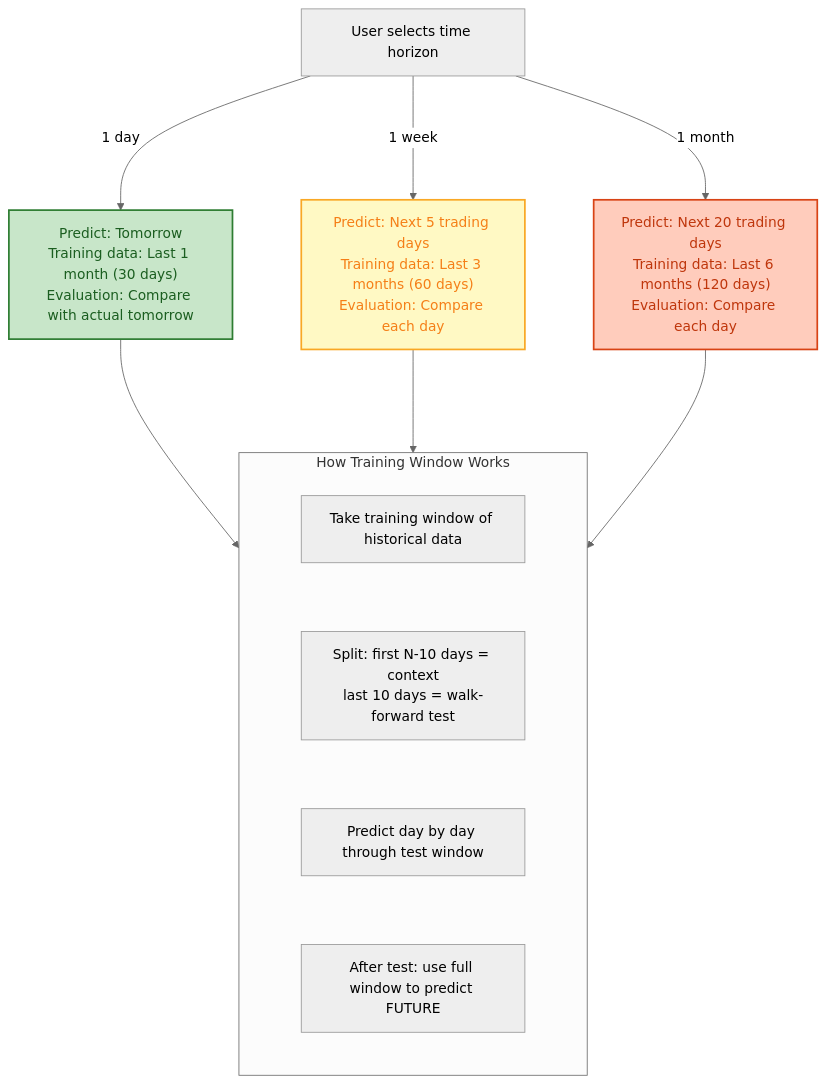
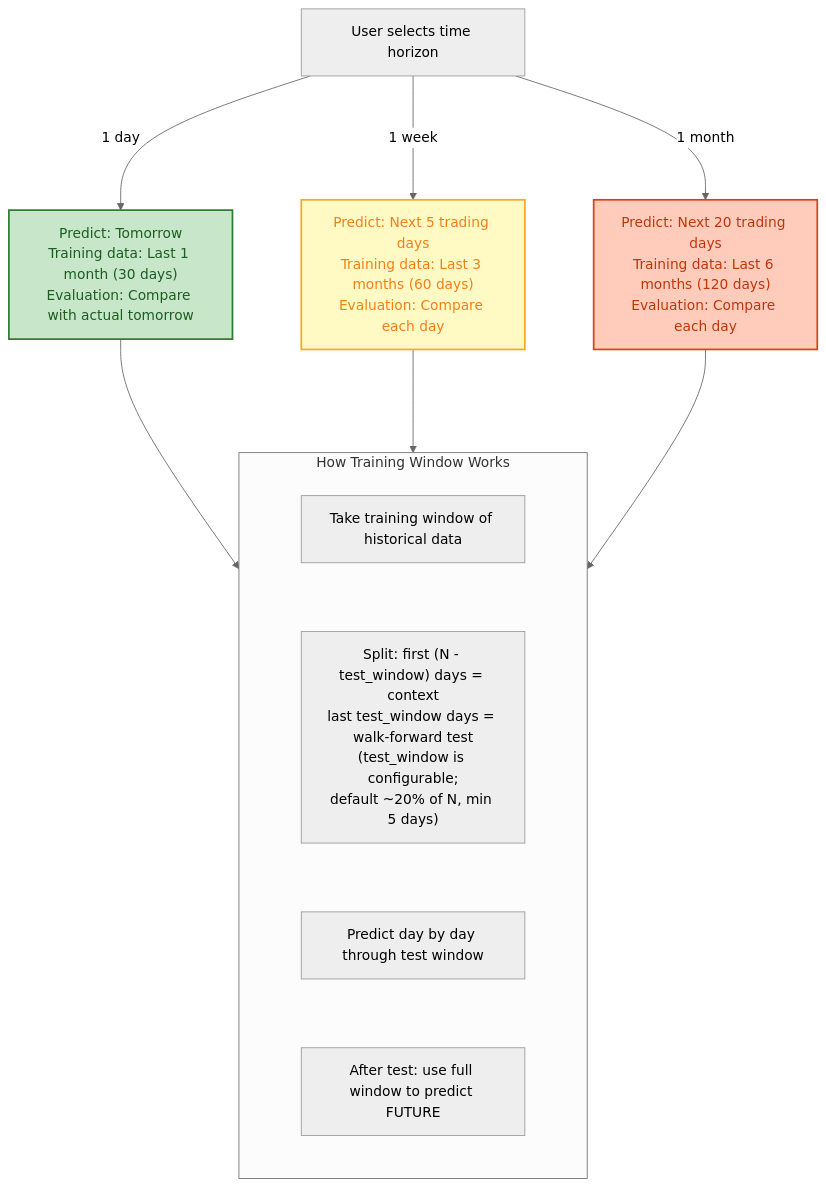
The second of 12 diagrams in docs/proposals/RFC_AUTORESEARCH_INTRADAY.md (TauricResearch/TradingAgents), drawn with Mermaid (neutral theme) before and after one commit. The commit also changed other lines of this file and 1 other file, not shown here.

````diff
--- a/docs/proposals/RFC_AUTORESEARCH_INTRADAY.md
+++ b/docs/proposals/RFC_AUTORESEARCH_INTRADAY.md
@@ -100,27 +100,27 @@
 ```mermaid
 %%{init: {'flowchart': {'nodeSpacing': 80, 'rankSpacing': 120}}}%%
 flowchart TD
     USER["User selects time horizon"]
 
     USER -->|"1 day"| D1["Predict: Tomorrow<br/>Training data: Last 1 month (30 days)<br/>Evaluation: Compare with actual tomorrow"]
 
     USER -->|"1 week"| D2["Predict: Next 5 trading days<br/>Training data: Last 3 months (60 days)<br/>Evaluation: Compare each day"]
 
     USER -->|"1 month"| D3["Predict: Next 20 trading days<br/>Training data: Last 6 months (120 days)<br/>Evaluation: Compare each day"]
 
     subgraph LOGIC["How Training Window Works"]
         L1["Take training window of historical data"]
-        L2["Split: first N-10 days = context<br/>last 10 days = walk-forward test"]
+        L2["Split: first (N - test_window) days = context<br/>last test_window days = walk-forward test<br/>(test_window is configurable;<br/>default ~20% of N, min 5 days)"]
         L3["Predict day by day through test window"]
         L4["After test: use full window to predict FUTURE"]
     end
 
     D1 --> LOGIC
     D2 --> LOGIC
     D3 --> LOGIC
 
     %% Improved styles
     style D1 fill:#c8e6c9,stroke:#2e7d32,stroke-width:2px,color:#1b5e20
     style D2 fill:#fff9c4,stroke:#f9a825,stroke-width:2px,color:#f57f17
     style D3 fill:#ffccbc,stroke:#d84315,stroke-width:2px,color:#bf360c
 ```
````
